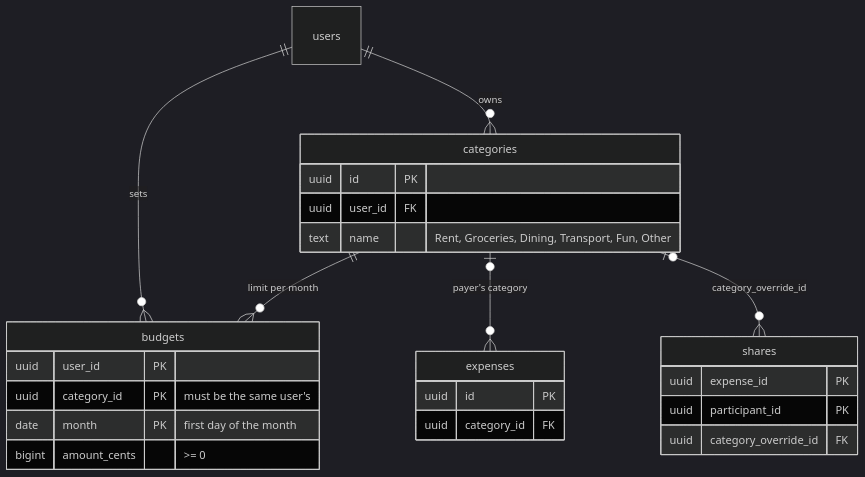
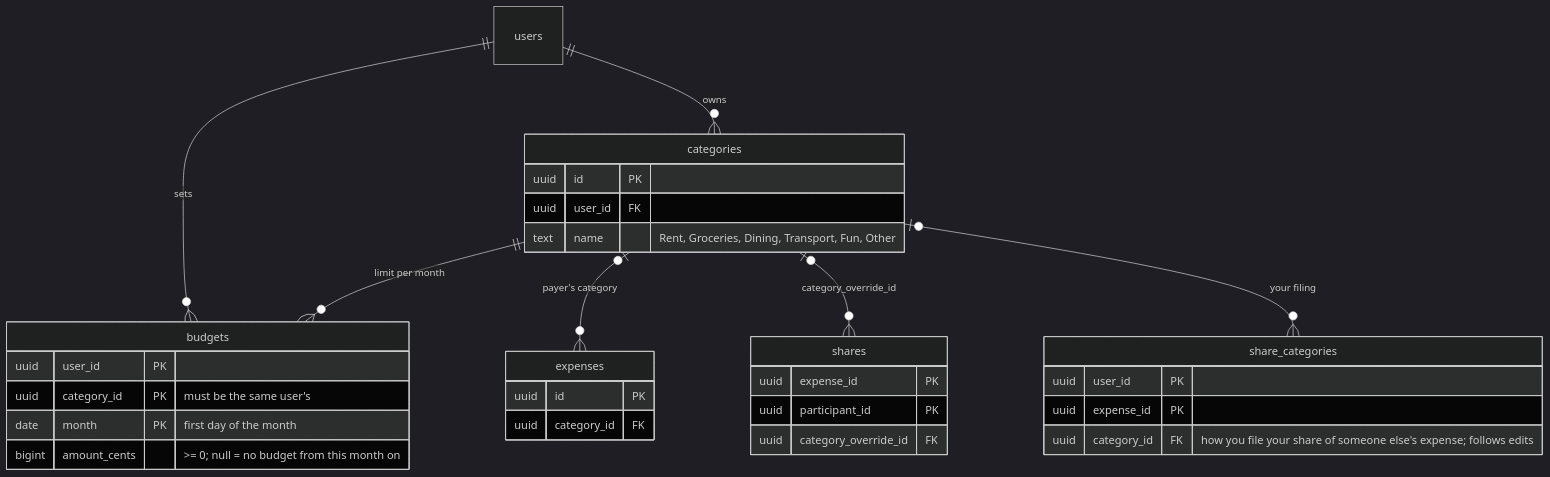
One commit to liyou2001/spendly changed the second of 4 diagrams in DATA_MODEL.md. Above: the diagram before and after it, drawn with Mermaid (dark theme). The commit also changed other lines of this file and 20 other files, not shown here.

First line of the commit message:
Step 7: Budget screen, Home, and filing your share of others' expenses

````diff
--- a/DATA_MODEL.md
+++ b/DATA_MODEL.md
@@ -113,29 +113,35 @@
 ```mermaid
 erDiagram
     users ||--o{ categories : "owns"
     users ||--o{ budgets : "sets"
     categories ||--o{ budgets : "limit per month"
     categories |o--o{ expenses : "payer's category"
     categories |o--o{ shares : "category_override_id"
+    categories |o--o{ share_categories : "your filing"
 
     categories {
         uuid id PK
         uuid user_id FK
         text name "Rent, Groceries, Dining, Transport, Fun, Other"
     }
     budgets {
         uuid user_id PK
         uuid category_id PK "must be the same user's"
         date month PK "first day of the month"
-        bigint amount_cents ">= 0"
+        bigint amount_cents ">= 0; null = no budget from this month on"
+    }
+    share_categories {
+        uuid user_id PK
+        uuid expense_id PK
+        uuid category_id FK "how you file your share of someone else's expense; follows edits"
     }
     expenses {
         uuid id PK
         uuid category_id FK
     }
     shares {
         uuid expense_id PK
         uuid participant_id PK
         uuid category_override_id FK
     }
 ```
````
